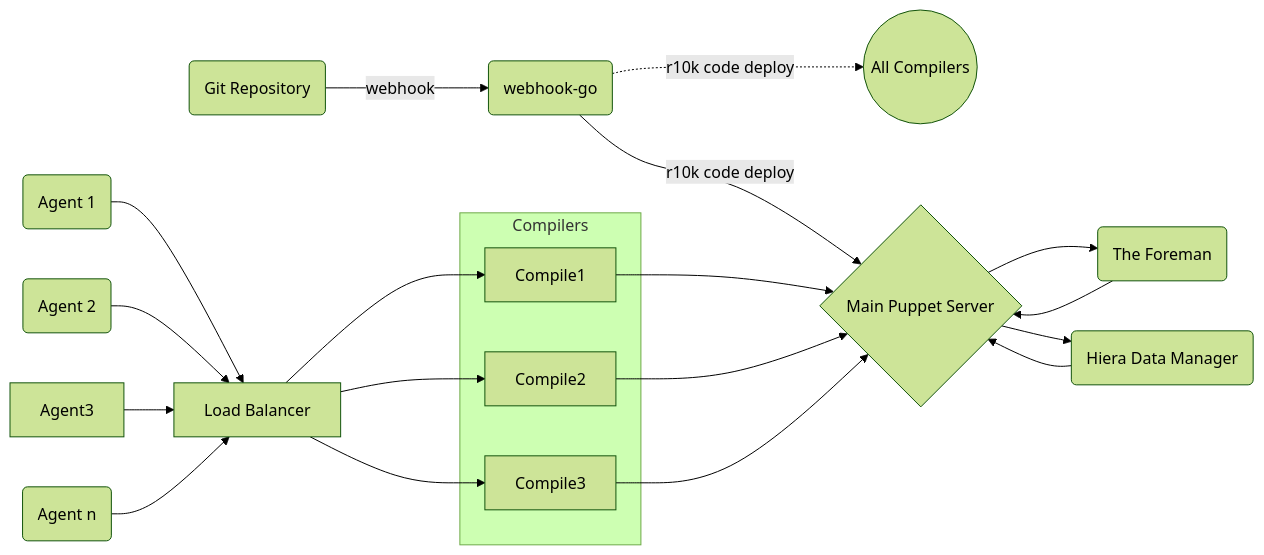
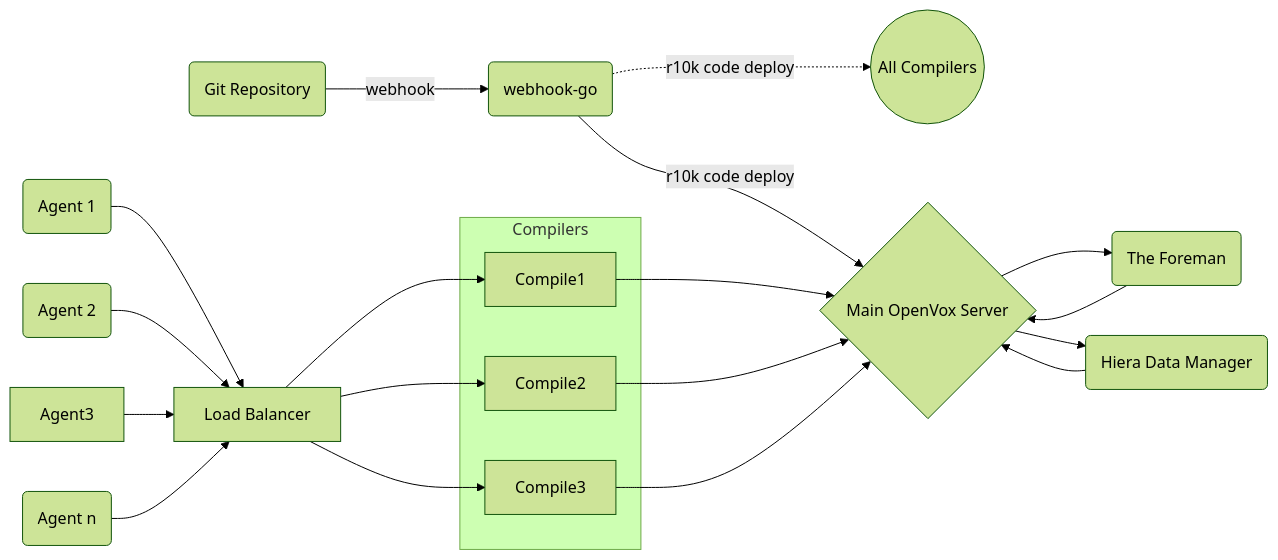
One commit to voxpupuli/voxpupuli.github.io changed the diagram in _docs/arch_load_balanced.md. Above: the diagram before and after it, drawn with Mermaid (forest theme). The commit also changed other lines of this file, not shown here.

Commit message:
update load balanced for openvox

```diff
--- a/_docs/arch_load_balanced.md
+++ b/_docs/arch_load_balanced.md
@@ -15,48 +15,48 @@
 <div class="mermaid">
   graph LR;
   git(Git Repository)
   Foreman(The Foreman)
   Webhook(webhook-go)
   AllCompilers((All Compilers))
   HDM(Hiera Data Manager)
 
-  MainPuppetServer{Main Puppet Server}
+  MainOpenVoxServer{Main OpenVox Server}
 
   subgraph Compilers[Compilers]
       Compile1[Compile1]
       Compile2[Compile2]
       Compile3[Compile3]
   end
 
   LoadBalancer[Load Balancer]
 
   Agent1(Agent 1)
   Agent2(Agent 2)
   Agent_n(Agent n)
 
   click HDM "https://github.com/betadots/hdm" "HDM is a web interface for analyzing and managing hiera data."
   click Foreman "https://www.theforeman.org" "Foreman is a complete lifecycle management tool for physical and virtual servers."
   click Webhook "https://github.com/voxpupuli/webhook-go" "A webhook service that can trigger code deploys from source code repository updates."
 
   git --webhook--> Webhook
-  Webhook --r10k code deploy--> MainPuppetServer
+  Webhook --r10k code deploy--> MainOpenVoxServer
   Webhook -.r10k code deploy.-> AllCompilers
 
-  Foreman --> MainPuppetServer
-  MainPuppetServer --> Foreman
-  HDM --> MainPuppetServer
-  MainPuppetServer --> HDM
+  Foreman --> MainOpenVoxServer
+  MainOpenVoxServer --> Foreman
+  HDM --> MainOpenVoxServer
+  MainOpenVoxServer --> HDM
 
-  Compile1 --> MainPuppetServer
-  Compile2 --> MainPuppetServer
-  Compile3 --> MainPuppetServer
+  Compile1 --> MainOpenVoxServer
+  Compile2 --> MainOpenVoxServer
+  Compile3 --> MainOpenVoxServer
 
   LoadBalancer --> Compile1
   LoadBalancer --> Compile2
   LoadBalancer --> Compile3
 
   Agent1 --> LoadBalancer
   Agent2 --> LoadBalancer
   Agent3 --> LoadBalancer
   Agent_n --> LoadBalancer
 </div>
```
